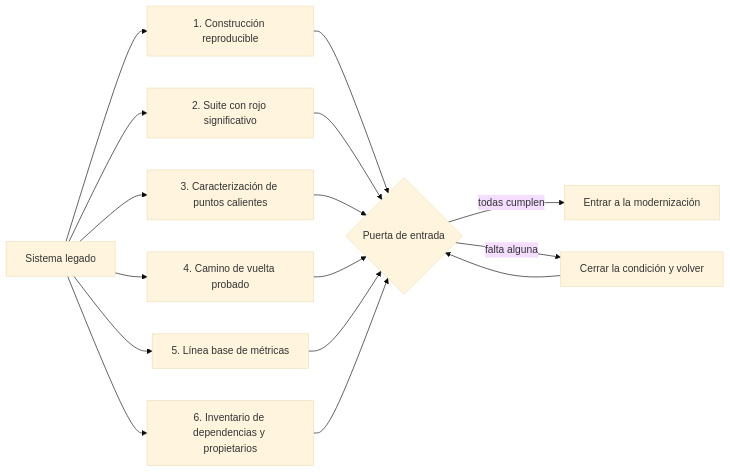
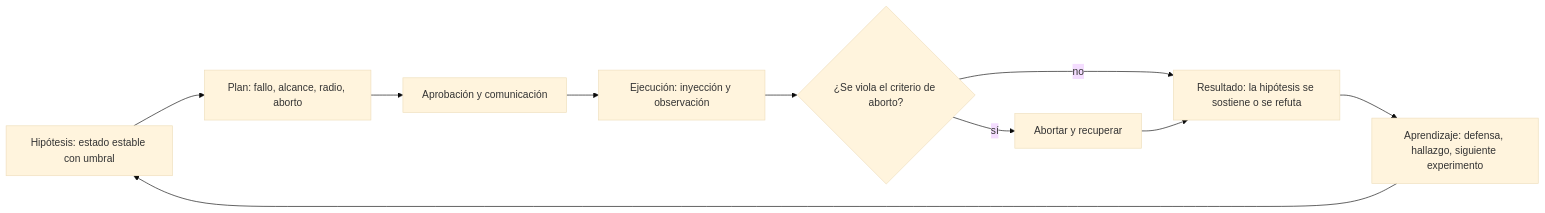
One commit to vladimiracunadev-create/modern-software-engineering-program changed the diagram in content/part-36/SE-443.md. Above: the diagram before and after it, drawn with Mermaid (base theme). The commit also changed other lines of this file and 5193 other files, not shown here.

````diff
--- a/content/part-36/SE-443.md
+++ b/content/part-36/SE-443.md
@@ -56,18 +54,12 @@
 ```mermaid
 flowchart LR
-    A[Sistema legado] --> B[1. Construcción reproducible]
-    A --> C[2. Suite con rojo significativo]
-    A --> D[3. Caracterización de puntos calientes]
-    A --> E[4. Camino de vuelta probado]
-    A --> F[5. Línea base de métricas]
-    A --> G[6. Inventario de dependencias y propietarios]
-    B --> H{Puerta de entrada}
-    C --> H
-    D --> H
-    E --> H
-    F --> H
-    G --> H
-    H -->|todas cumplen| I[Entrar a la modernización]
-    H -->|falta alguna| J[Cerrar la condición y volver]
-    J --> H
+    A[Hipótesis: estado estable con umbral] --> B[Plan: fallo, alcance, radio, aborto]
+    B --> C[Aprobación y comunicación]
+    C --> D[Ejecución: inyección y observación]
+    D --> E{¿Se viola el criterio de aborto?}
+    E -->|sí| F[Abortar y recuperar]
+    E -->|no| G[Resultado: la hipótesis se sostiene o se refuta]
+    F --> G
+    G --> H[Aprendizaje: defensa, hallazgo, siguiente experimento]
+    H --> A
 ```
````
